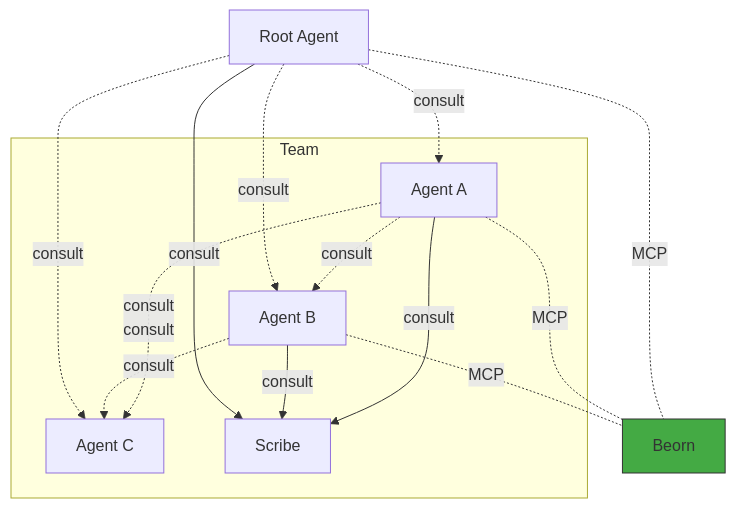
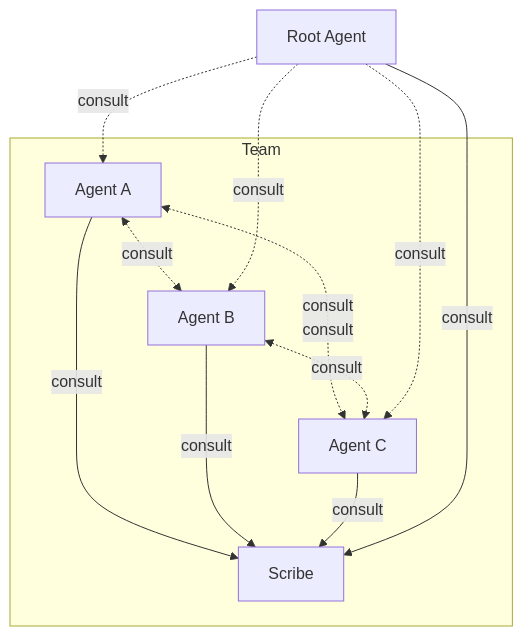
One commit to Kord96/kordinate changed the diagram in docs/framework/overview.md. Above: the diagram before and after it, drawn with Mermaid.

Commit message:
Docs: remove beorn from overview diagram — implementation detail [scribe]
The diagram shows agent communication (consult), not transport plumbing.
Beorn is documented in its own page and the Core Agents section.

````diff
--- a/docs/framework/overview.md
+++ b/docs/framework/overview.md
@@ -3,24 +3,18 @@
 ```mermaid
 flowchart TB
     ROOT[Root Agent]
 
     subgraph team[Team]
-        A1[Agent A] -.->|consult| A2[Agent B]
-        A1 -.->|consult\nconsult| A3[Agent C]
-        A2 -.->|consult| A3
+        A1[Agent A] <-.->|consult| A2[Agent B]
+        A1 <-.->|consult\nconsult| A3[Agent C]
+        A2 <-.->|consult| A3
         A1 -->|consult| SC[Scribe]
         A2 -->|consult| SC
+        A3 -->|consult| SC
     end
 
     ROOT -.->|consult| A1
     ROOT -.->|consult| A2
     ROOT -.->|consult| A3
     ROOT -->|consult| SC
-
-    B[Beorn] ~~~ team
-    ROOT -.-|MCP| B
-    A1 -.-|MCP| B
-    A2 -.-|MCP| B
-
-    style B fill:#4a4,stroke:#333
 ```
````
